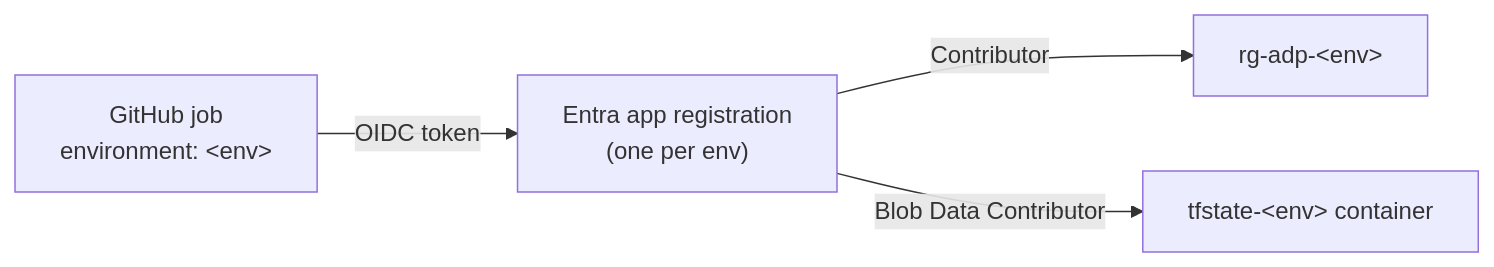
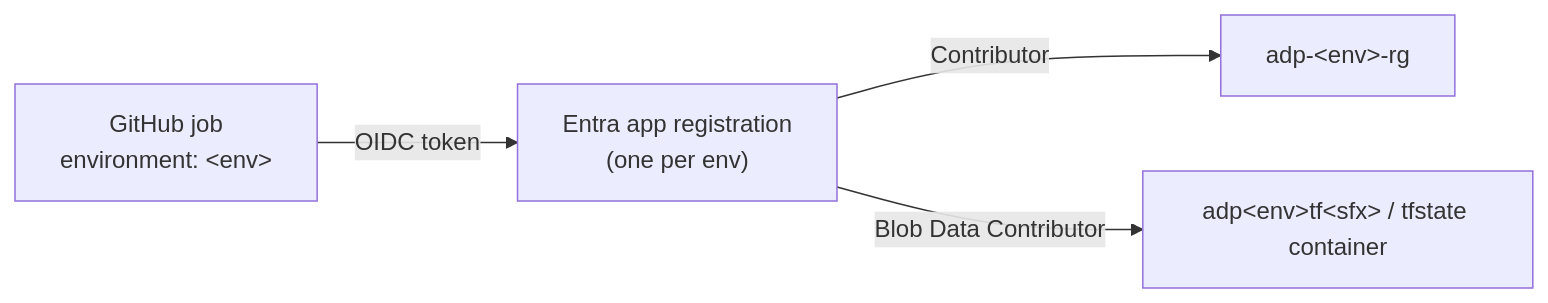
Before and after one commit to tymattes/azure-playground: the second of 2 diagrams in docs/pipeline.md, drawn with Mermaid. The commit also changed other lines of this file and 9 other files, not shown here.

First line of the commit message:
Add infra/bootstrap: per-env resource group and tfstate storage (#4)

````diff
--- a/docs/pipeline.md
+++ b/docs/pipeline.md
@@ -61,6 +61,6 @@
 ```mermaid
 flowchart LR
     GH["GitHub job<br/>environment: &lt;env&gt;"] -- "OIDC token" --> ID["Entra app registration<br/>(one per env)"]
-    ID -- "Contributor" --> RG["rg-adp-&lt;env&gt;"]
-    ID -- "Blob Data Contributor" --> ST["tfstate-&lt;env&gt; container"]
+    ID -- "Contributor" --> RG["adp-&lt;env&gt;-rg"]
+    ID -- "Blob Data Contributor" --> ST["adp&lt;env&gt;tf&lt;sfx&gt; / tfstate container"]
 ```
````
